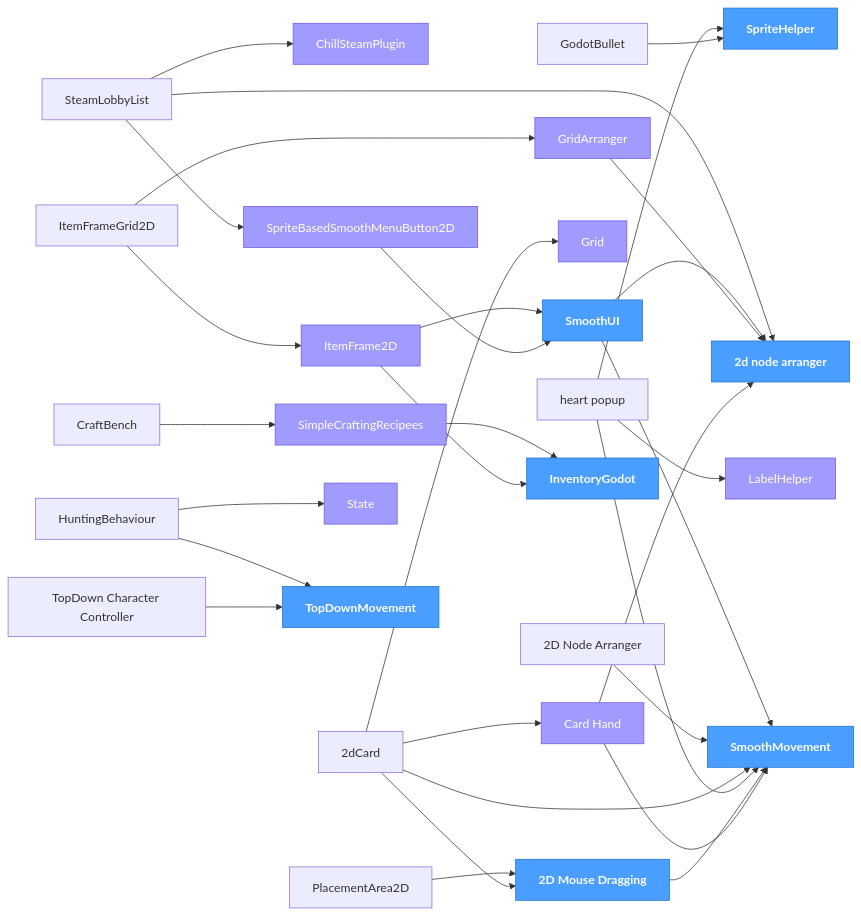
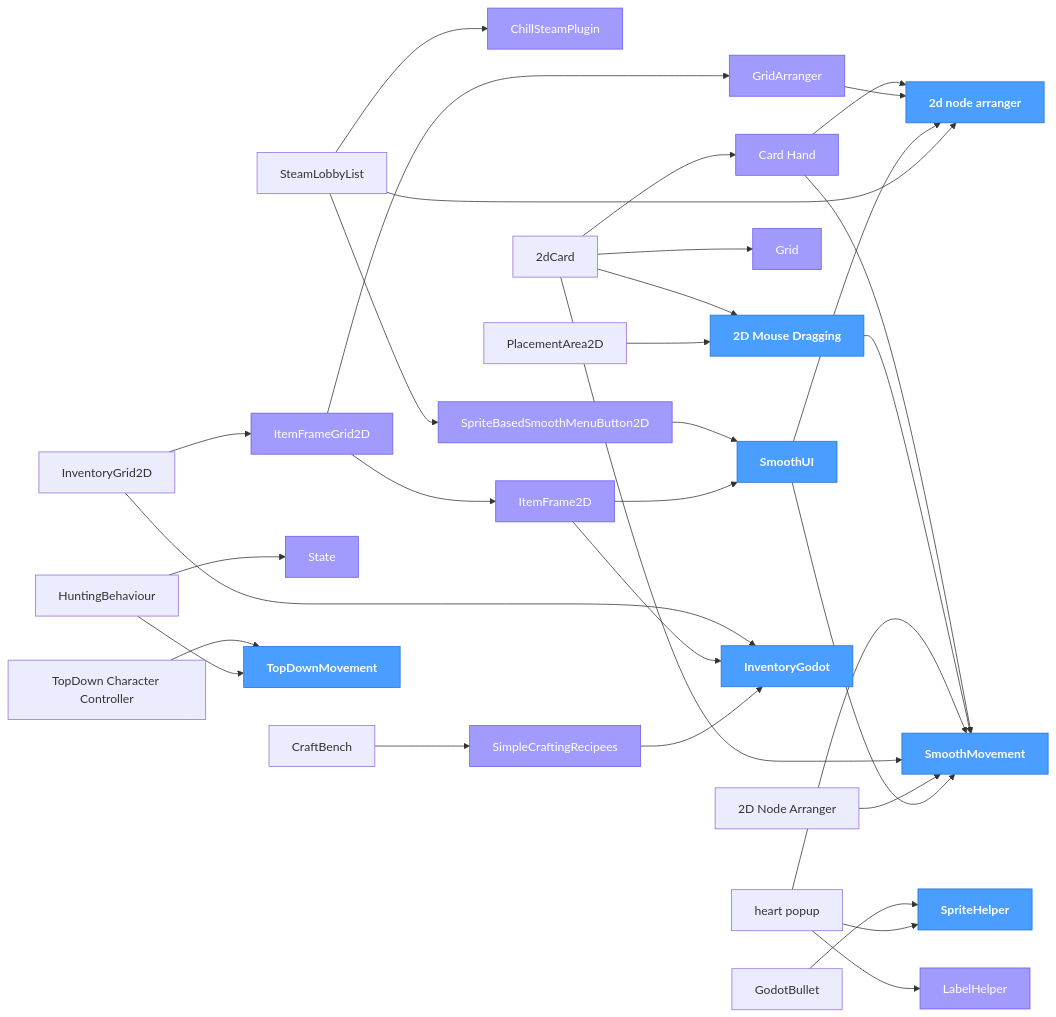
Before and after one commit to ChillCube/.github: the diagram in ADDONS.md, drawn with Mermaid. The commit also changed other lines of this file, not shown here.

Commit message:
registry: update dependency tree

```diff
--- a/ADDONS.md
+++ b/ADDONS.md
@@ -125,6 +126,7 @@
     heart_popup["heart popup"]
     HuntingBehaviour["HuntingBehaviour"]
     InventoryGodot["InventoryGodot"]
+    InventoryGrid2D["InventoryGrid2D"]
     ItemFrame2D["ItemFrame2D"]
     ItemFrameGrid2D["ItemFrameGrid2D"]
     LabelHelper["LabelHelper"]
@@ -152,6 +154,8 @@
     heart_popup --> SpriteHelper
     HuntingBehaviour --> State
     HuntingBehaviour --> TopDownMovement
+    InventoryGrid2D --> InventoryGodot
+    InventoryGrid2D --> ItemFrameGrid2D
     ItemFrame2D --> InventoryGodot
     ItemFrame2D --> SmoothUI
     ItemFrameGrid2D --> GridArranger
@@ -178,6 +182,7 @@
     class GridArranger shared
     class InventoryGodot core
     class ItemFrame2D shared
+    class ItemFrameGrid2D shared
     class LabelHelper shared
     class n_2d_node_arranger core
     class SimpleCraftingRecipees shared
@@ -199,6 +204,7 @@
     click heart_popup href "https://github.com/ChillCube/heart_popup" _blank
     click HuntingBehaviour href "https://github.com/ChillCube/HuntingBehaviour" _blank
     click InventoryGodot href "https://github.com/ChillCube/InventoryGodot" _blank
+    click InventoryGrid2D href "https://github.com/ChillCube/InventoryGrid2D" _blank
     click ItemFrame2D href "https://github.com/ChillCube/ItemFrame2D" _blank
     click ItemFrameGrid2D href "https://github.com/ChillCube/ItemFrameGrid2D" _blank
     click LabelHelper href "https://github.com/ChillCube/LabelHelper" _blank
```
